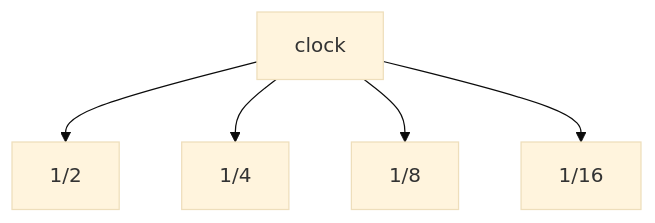
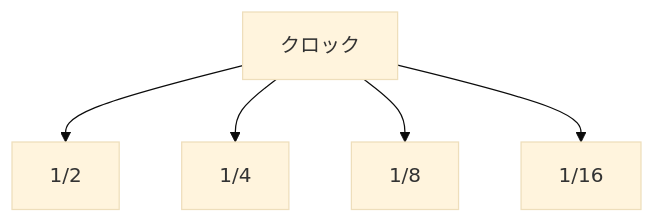
Before and after one commit to monumental-movement/monumental-movement.github.io: the second of 5 diagrams in en/_posts/2026-04-11-column-lunetta-cmos.md, drawn with Mermaid (base theme). The commit also changed other lines of this file and 1012 other files, not shown here.

```diff
--- a/en/_posts/2026-04-11-column-lunetta-cmos.md
+++ b/en/_posts/2026-04-11-column-lunetta-cmos.md
@@ -94,7 +94,7 @@
 <div class="mermaid">
 flowchart TD
-CLK[clock] --> C1[1/2]
+CLK[クロック] --> C1[1/2]
 CLK --> C2[1/4]
 CLK --> C3[1/8]
 CLK --> C4[1/16]
 </div>
```
